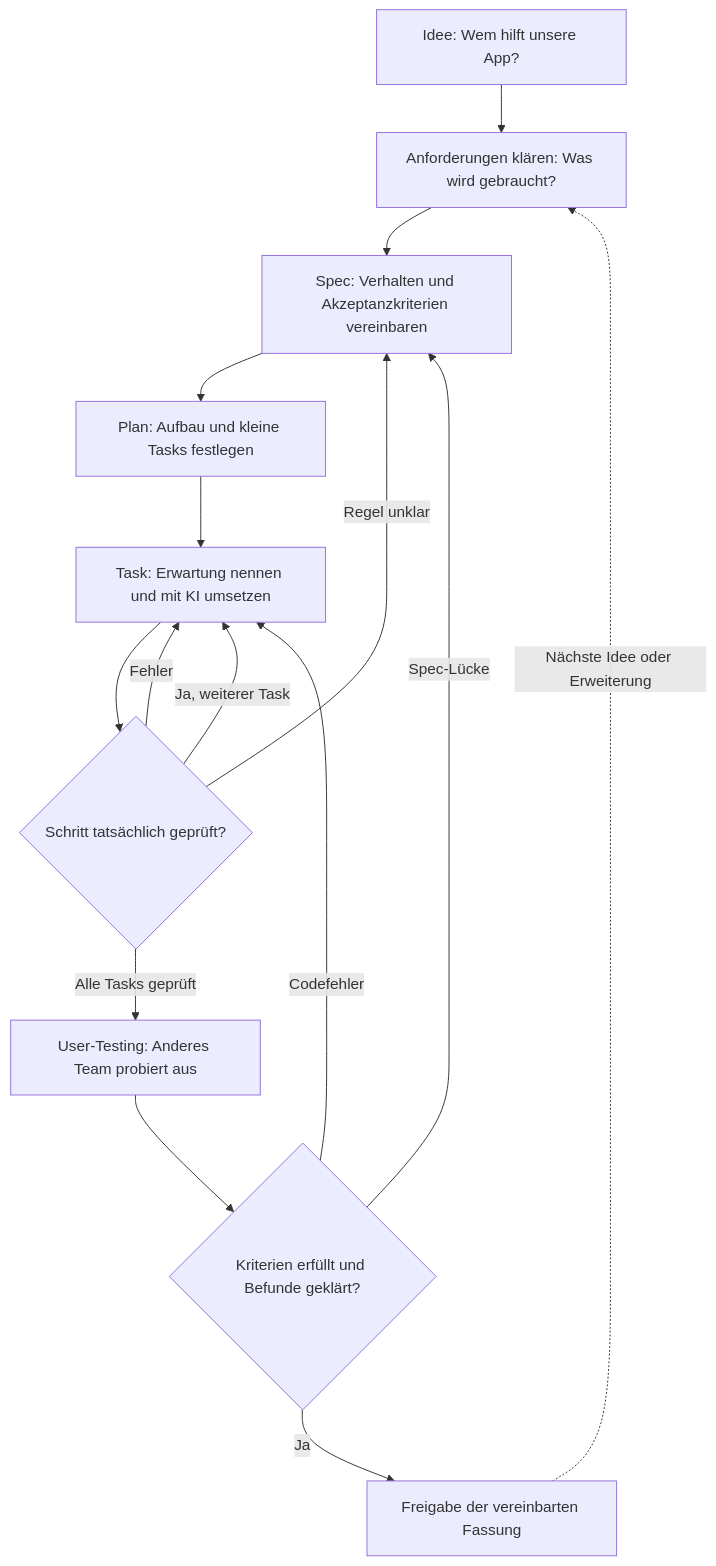
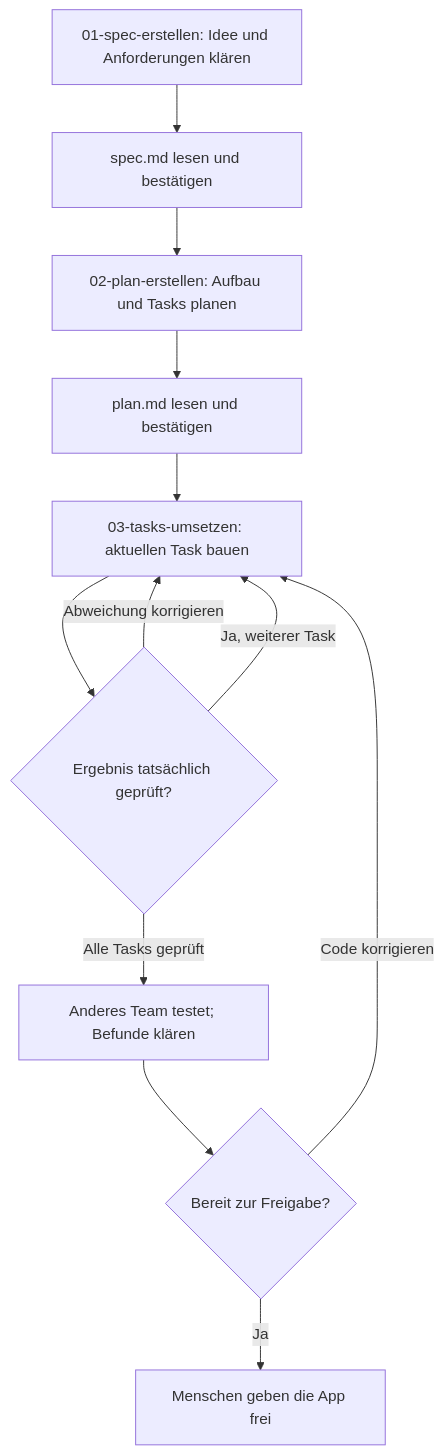
One commit to iludis52/LFobi changed the diagram in SDD_Schule/lehrerleitfaden.md. Above: the diagram before and after it, drawn with Mermaid. The commit also changed other lines of this file and 23 other files, not shown here.

````diff
--- a/SDD_Schule/lehrerleitfaden.md
+++ b/SDD_Schule/lehrerleitfaden.md
@@ -19,17 +19,14 @@
 ```mermaid
 flowchart TD
-  I["Idee: Wem hilft unsere App?"] --> A["Anforderungen klären: Was wird gebraucht?"]
-  A --> S["Spec: Verhalten und Akzeptanzkriterien vereinbaren"]
-  S --> P["Plan: Aufbau und kleine Tasks festlegen"]
-  P --> T["Task: Erwartung nennen und mit KI umsetzen"]
-  T --> Q{"Schritt tatsächlich geprüft?"}
-  Q -- "Fehler" --> T
-  Q -- "Regel unklar" --> S
+  S["01-spec-erstellen: Idee und Anforderungen klären"] --> V["spec.md lesen und bestätigen"]
+  V --> P["02-plan-erstellen: Aufbau und Tasks planen"]
+  P --> B["plan.md lesen und bestätigen"]
+  B --> T["03-tasks-umsetzen: aktuellen Task bauen"]
+  T --> Q{"Ergebnis tatsächlich geprüft?"}
+  Q -- "Abweichung korrigieren" --> T
   Q -- "Ja, weiterer Task" --> T
-  Q -- "Alle Tasks geprüft" --> U["User-Testing: Anderes Team probiert aus"]
-  U --> F{"Kriterien erfüllt und Befunde geklärt?"}
-  F -- "Codefehler" --> T
-  F -- "Spec-Lücke" --> S
-  F -- "Ja" --> R["Freigabe der vereinbarten Fassung"]
-  R -. "Nächste Idee oder Erweiterung" .-> A
+  Q -- "Alle Tasks geprüft" --> U["Anderes Team testet; Befunde klären"]
+  U --> F{"Bereit zur Freigabe?"}
+  F -- "Code korrigieren" --> T
+  F -- "Ja" --> R["Menschen geben die App frei"]
 ```
````
